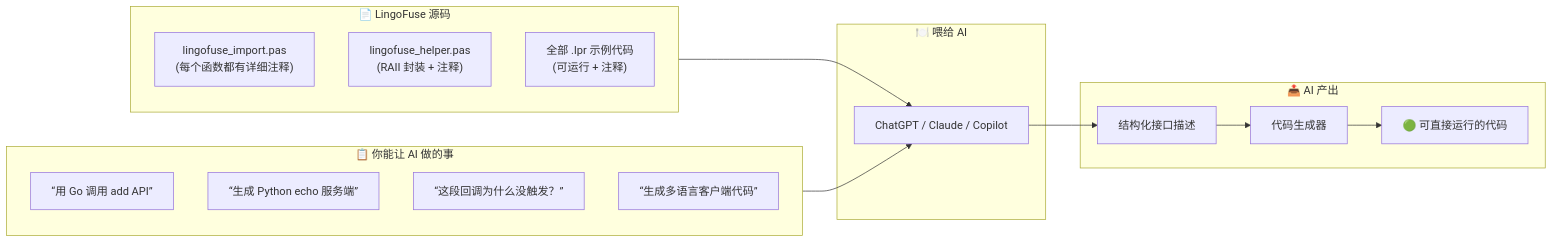
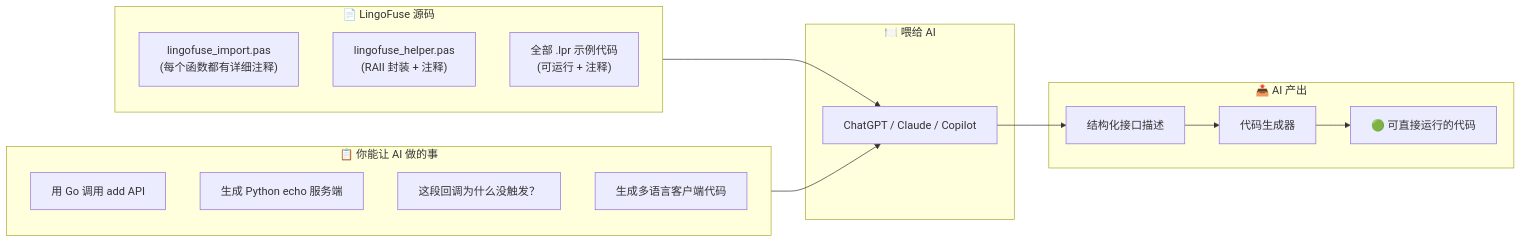
Before and after one commit to PassByYou888/LingoFuse: the sixth of 6 diagrams in pascal/readme.md, drawn with Mermaid. The commit also changed other lines of this file and 111 other files, not shown here.

````diff
--- a/pascal/readme.md
+++ b/pascal/readme.md
@@ -352,31 +360,31 @@
 ```mermaid
 flowchart LR
     subgraph Code["📄 LingoFuse 源码"]
         Import["lingofuse_import.pas<br/>(每个函数都有详细注释)"]
         Helper["lingofuse_helper.pas<br/>(RAII 封装 + 注释)"]
         Examples["全部 .lpr 示例代码<br/>(可运行 + 注释)"]
     end
 
     subgraph Feed["🍽️ 喂给 AI"]
         AI["ChatGPT / Claude / Copilot"]
     end
 
     subgraph Tasks["📋 你能让 AI 做的事"]
-        T1["“用 Go 调用 add API”"]
-        T2["“生成 Python echo 服务端”"]
-        T3["“这段回调为什么没触发？”"]
-        T4["“生成多语言客户端代码”"]
+        T1[""用 Go 调用 add API""]
+        T2[""生成 Python echo 服务端""]
+        T3[""这段回调为什么没触发？""]
+        T4[""生成多语言客户端代码""]
     end
 
     subgraph Output["📤 AI 产出"]
         Struct["结构化接口描述"]
         Gen["代码生成器"]
         CodeOut["🟢 可直接运行的代码"]
     end
 
     Code --> AI
     Tasks --> AI
     AI --> Struct
     Struct --> Gen
     Gen --> CodeOut
 ```
````
